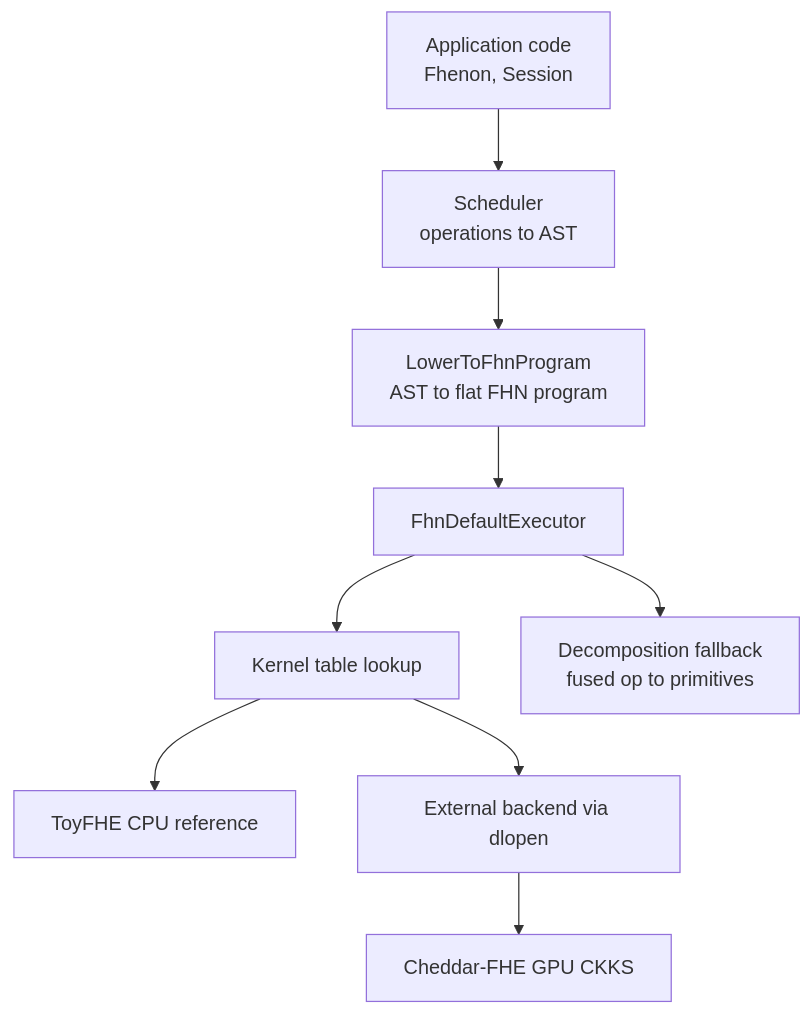
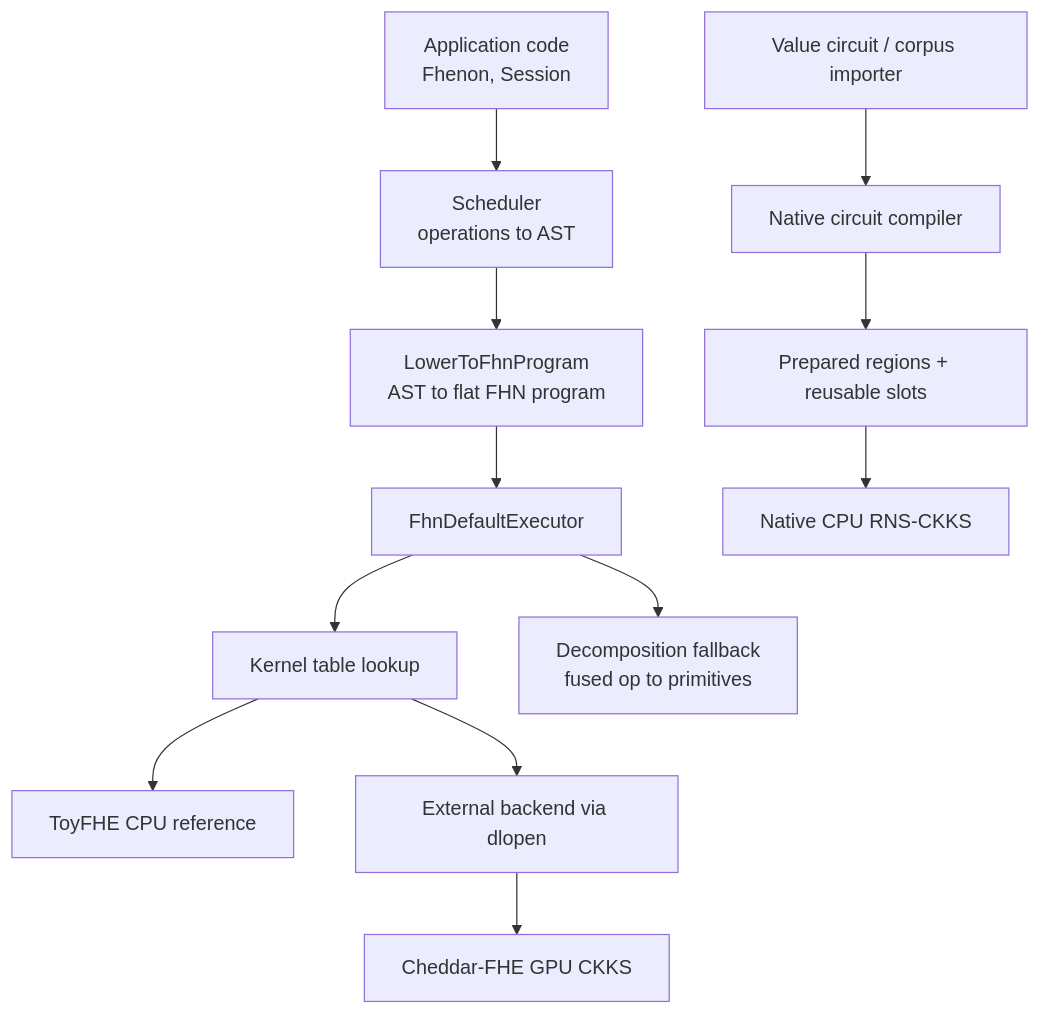
The diagram in README.md (zotanika/fhenomenon), drawn with Mermaid before and after one commit. The commit also changed other lines of this file and 159 other files, not shown here.

First line of the commit message:
feat: add native CKKS runtime with composable kernel contributions

````diff
--- a/README.md
+++ b/README.md
@@ -72,11 +96,14 @@
 ```mermaid
 flowchart TD
     A["Application code<br/>Fhenon<int>, Session"] --> B["Scheduler<br/>operations to AST"]
     B --> C["LowerToFhnProgram<br/>AST to flat FHN program"]
     C --> D["FhnDefaultExecutor"]
     D --> E["Kernel table lookup"]
     E --> F["ToyFHE CPU reference"]
     E --> G["External backend via dlopen"]
     G --> H["Cheddar-FHE GPU CKKS"]
     D --> I["Decomposition fallback<br/>fused op to primitives"]
+    J["Value circuit / corpus importer"] --> K["Native circuit compiler"]
+    K --> L["Prepared regions + reusable slots"]
+    L --> M["Native CPU RNS-CKKS"]
 ```
````
